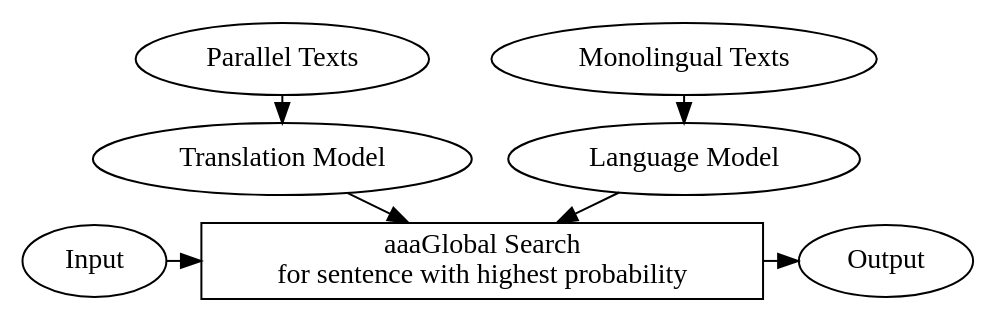
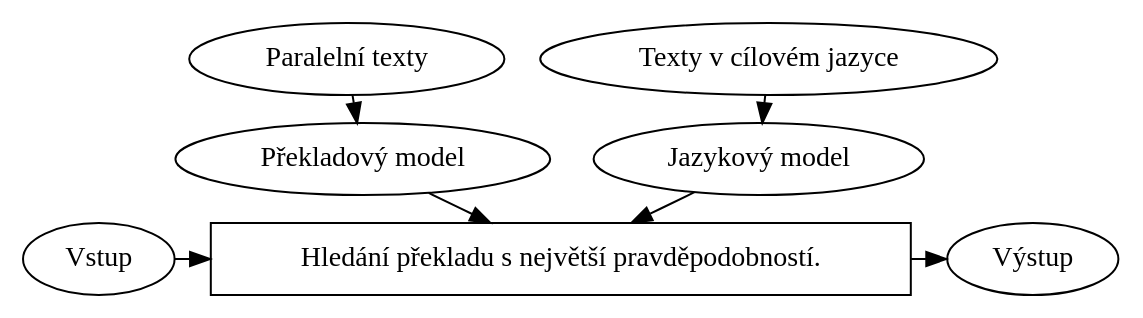
The diagram in pictures/phrase-based.dot (hypertornado/ajax-cat-bakalarka), drawn with Graphviz before and after one commit. The commit also changed 29 other files, not shown here.

```diff
--- a/pictures/phrase-based.dot
+++ b/pictures/phrase-based.dot
@@ -1,16 +1,16 @@
 digraph G  {
 ranksep=0.2;
-input [ label="Input" ];
-output [ label="Output" ];
-parallel [ label="Parallel Texts" ];
-monolingual [ label="Monolingual Texts" ];
-tm [ label="Translation Model" ];
-lm [ label="Language Model" ];
-search [shape=box label="aaaGlobal Search\nfor sentence with highest probability"];
+input [ label="Vstup" ];
+output [ label="Výstup" ];
+parallel [ label="Paralelní texty" ];
+monolingual [ label="Texty v cílovém jazyce" ];
+tm [ label="Překladový model" ];
+lm [ label="Jazykový model" ];
+search [shape=box label="Hledání překladu s největší pravděpodobností."];
 
 input -> search -> output;
 parallel -> tm -> search;
 monolingual -> lm -> search;
 
 { rank=same;  input; search; output }
 }
```
